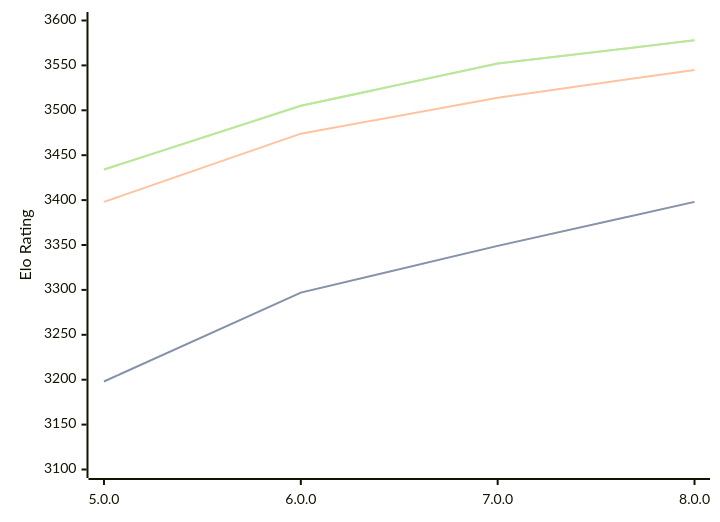
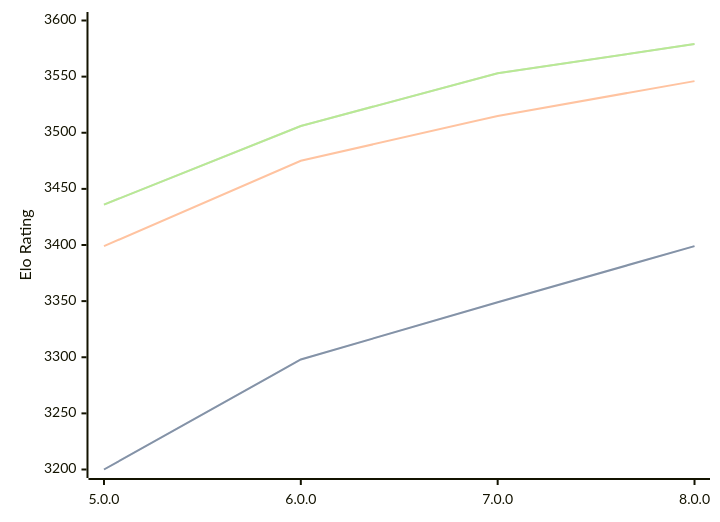
The diagram in engines/Stormphrax.md (computer-chess-index/cci), drawn with Mermaid before and after one commit. The commit also changed other lines of this file, not shown here.

Commit message:
Update CCI Ratings (ELO VLTC) - 2026-08-26

````diff
--- a/engines/Stormphrax.md
+++ b/engines/Stormphrax.md
@@ -34,11 +34,11 @@
 ```mermaid
 %%{init: {"theme":"base","themeVariables":{"seriesColors:['#a3a3a3','#222221','#faa371']}}}%%
 xychart-beta
   x-axis ["5.0.0", "6.0.0", "7.0.0", "8.0.0"]
-  y-axis "Elo Rating" 3100 --> 3600
-  line "STC (8.0+0.08s)" [3198, 3297, 3349, 3398]
-  line "STC (8.0+0.08s)" [3198, 3297, 3349, 3398]
-  line "LTC (60.0+0.60s)" [3398, 3474, 3514, 3545]
-  line "VLTC (2m24s+1.12s)" [3434, 3505, 3552, 3578]
-  line "VLTC (2m24s+1.12s)" [3434, 3505, 3552, 3578]
+  y-axis "Elo Rating" 3200 --> 3600
+  line "STC (8.0+0.08s)" [3200, 3298, 3349, 3399]
+  line "STC (8.0+0.08s)" [3200, 3298, 3349, 3399]
+  line "LTC (60.0+0.60s)" [3399, 3475, 3515, 3546]
+  line "VLTC (2m24s+1.12s)" [3436, 3506, 3553, 3579]
+  line "VLTC (2m24s+1.12s)" [3436, 3506, 3553, 3579]
 ```
````
